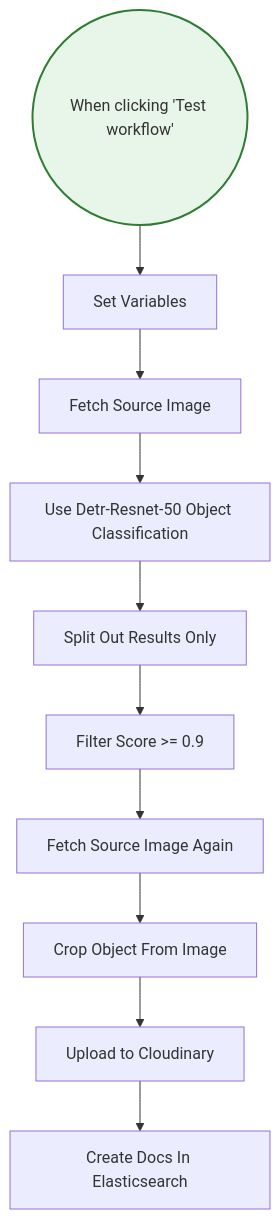
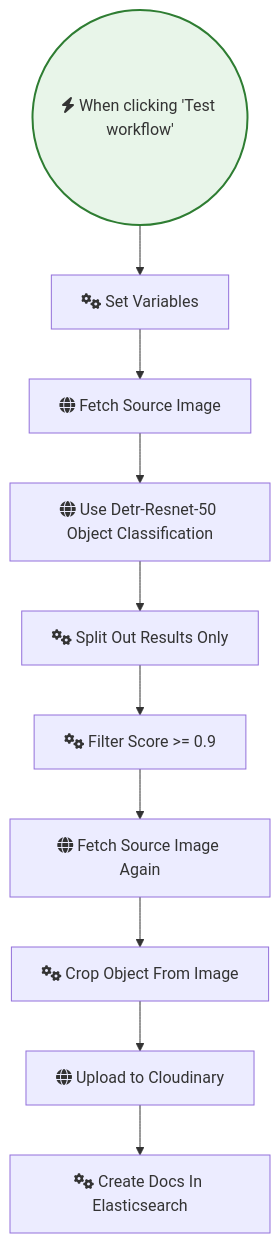
Before and after one commit to sreyash3105/N8N-DEMO-AUTOMATIONS: the diagram in AI_Research_RAG_and_Data_Analysis/Build Your Own Image Search Using Ai Object Detection Cdn and Elasticsearchbuild Your Own Image Search Using Ai Object Detection Cdn and Elasticsearch.md, drawn with Mermaid. The commit also changed 291 other files, not shown here.

````diff
--- a/AI_Research_RAG_and_Data_Analysis/Build Your Own Image Search Using Ai Object Detection Cdn and Elasticsearchbuild Your Own Image Search Using Ai Object Detection Cdn and Elasticsearch.md
+++ b/AI_Research_RAG_and_Data_Analysis/Build Your Own Image Search Using Ai Object Detection Cdn and Elasticsearchbuild Your Own Image Search Using Ai Object Detection Cdn and Elasticsearch.md
@@ -1,27 +1,27 @@
 ```mermaid
 graph TD
     classDef trigger fill:#e8f5e9,stroke:#2e7d32,stroke-width:2px;
     classDef ai fill:#e3f2fd,stroke:#1565c0,stroke-width:2px;
     classDef logic fill:#fff3e0,stroke:#ef6c00,stroke-width:2px;
 
-    When_clicking__Test_workflow_(("When clicking 'Test workflow'")):::trigger
-    Fetch_Source_Image["Fetch Source Image"]
-    Split_Out_Results_Only["Split Out Results Only"]
-    Filter_Score____0_9["Filter Score >= 0.9"]
-    Crop_Object_From_Image["Crop Object From Image"]
-    Set_Variables["Set Variables"]
-    Use_Detr_Resnet_50_Object_Classification["Use Detr-Resnet-50 Object Classification"]
-    Upload_to_Cloudinary["Upload to Cloudinary"]
-    Create_Docs_In_Elasticsearch["Create Docs In Elasticsearch"]
-    Fetch_Source_Image_Again["Fetch Source Image Again"]
+    When_clicking__Test_workflow_(("fas:fa-bolt When clicking 'Test workflow'")):::trigger
+    Fetch_Source_Image["fas:fa-globe Fetch Source Image"]
+    Split_Out_Results_Only["fas:fa-cogs Split Out Results Only"]
+    Filter_Score____0_9["fas:fa-cogs Filter Score >= 0.9"]
+    Crop_Object_From_Image["fas:fa-cogs Crop Object From Image"]
+    Set_Variables["fas:fa-cogs Set Variables"]
+    Use_Detr_Resnet_50_Object_Classification["fas:fa-globe Use Detr-Resnet-50 Object Classification"]
+    Upload_to_Cloudinary["fas:fa-globe Upload to Cloudinary"]
+    Create_Docs_In_Elasticsearch["fas:fa-cogs Create Docs In Elasticsearch"]
+    Fetch_Source_Image_Again["fas:fa-globe Fetch Source Image Again"]
 
     Set_Variables --> Fetch_Source_Image
     Fetch_Source_Image --> Use_Detr_Resnet_50_Object_Classification
     Filter_Score____0_9 --> Fetch_Source_Image_Again
     Upload_to_Cloudinary --> Create_Docs_In_Elasticsearch
     Crop_Object_From_Image --> Upload_to_Cloudinary
     Split_Out_Results_Only --> Filter_Score____0_9
     Fetch_Source_Image_Again --> Crop_Object_From_Image
     When_clicking__Test_workflow_ --> Set_Variables
     Use_Detr_Resnet_50_Object_Classification --> Split_Out_Results_Only
 ```
````
